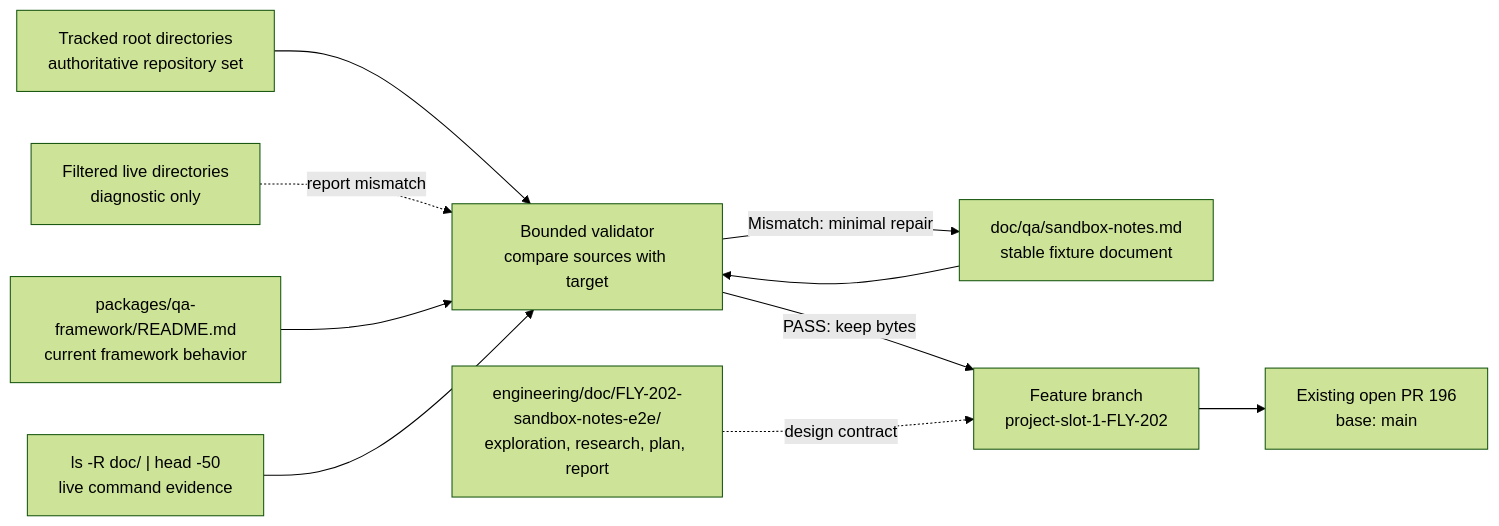
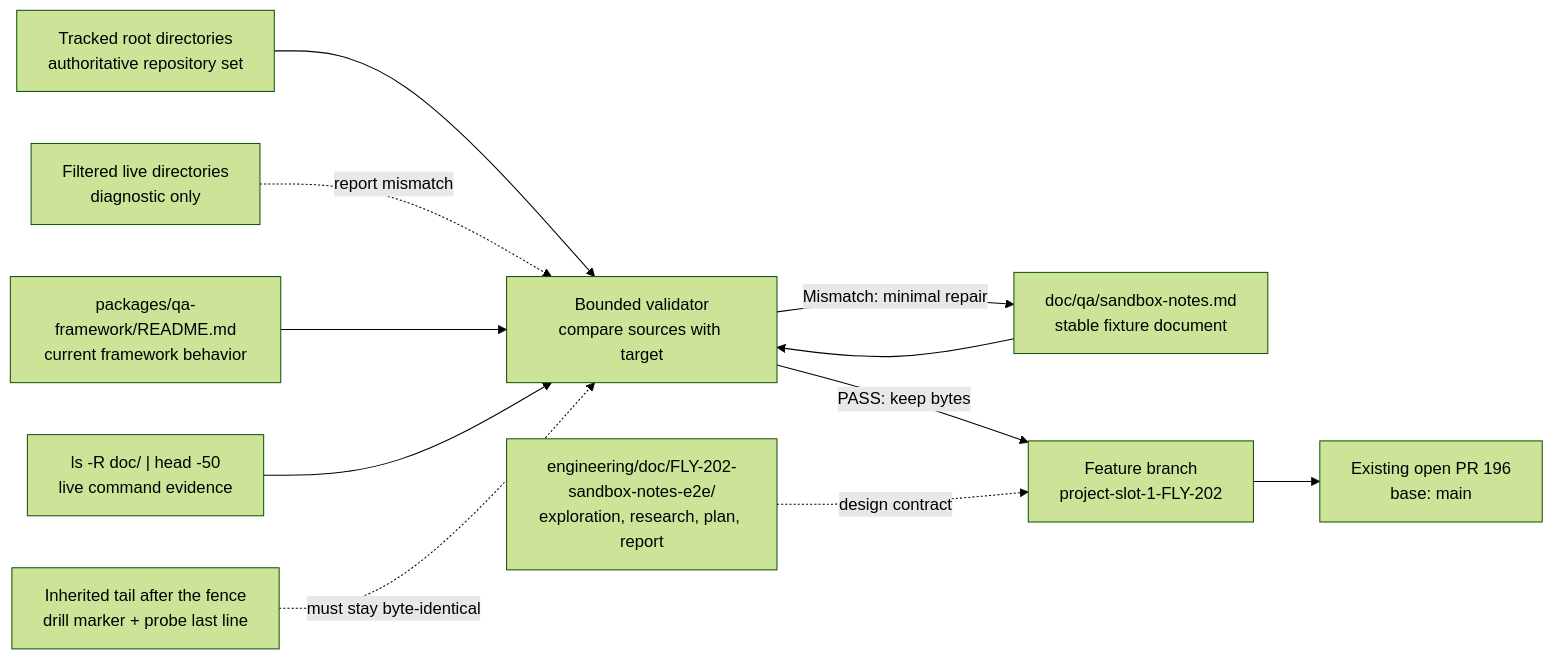
The diagram in engineering/doc/FLY-202-sandbox-notes-e2e/structure-model.mmd (xrliAnnie/flywheel-qa-sandbox), drawn with Mermaid (forest theme) before and after one commit. The commit also changed 3 other files, not shown here.

Commit message:
docs(FLY-202): render founder design diagrams and record review advisories

```diff
--- a/engineering/doc/FLY-202-sandbox-notes-e2e/structure-model.mmd
+++ b/engineering/doc/FLY-202-sandbox-notes-e2e/structure-model.mmd
@@ -1,10 +1,11 @@
 flowchart LR
     A["Tracked root directories<br/>authoritative repository set"] --> V["Bounded validator<br/>compare sources with target"]
     H["Filtered live directories<br/>diagnostic only"] -. "report mismatch" .-> V
     B["packages/qa-framework/README.md<br/>current framework behavior"] --> V
     C["ls -R doc/ | head -50<br/>live command evidence"] --> V
     D["doc/qa/sandbox-notes.md<br/>stable fixture document"] --> V
     V -->|"PASS: keep bytes"| E["Feature branch<br/>project-slot-1-FLY-202"]
     V -->|"Mismatch: minimal repair"| D
+    T["Inherited tail after the fence<br/>drill marker + probe last line"] -. "must stay byte-identical" .-> V
     E --> F["Existing open PR 196<br/>base: main"]
     G["engineering/doc/FLY-202-sandbox-notes-e2e/<br/>exploration, research, plan, report"] -. "design contract" .-> E
```
